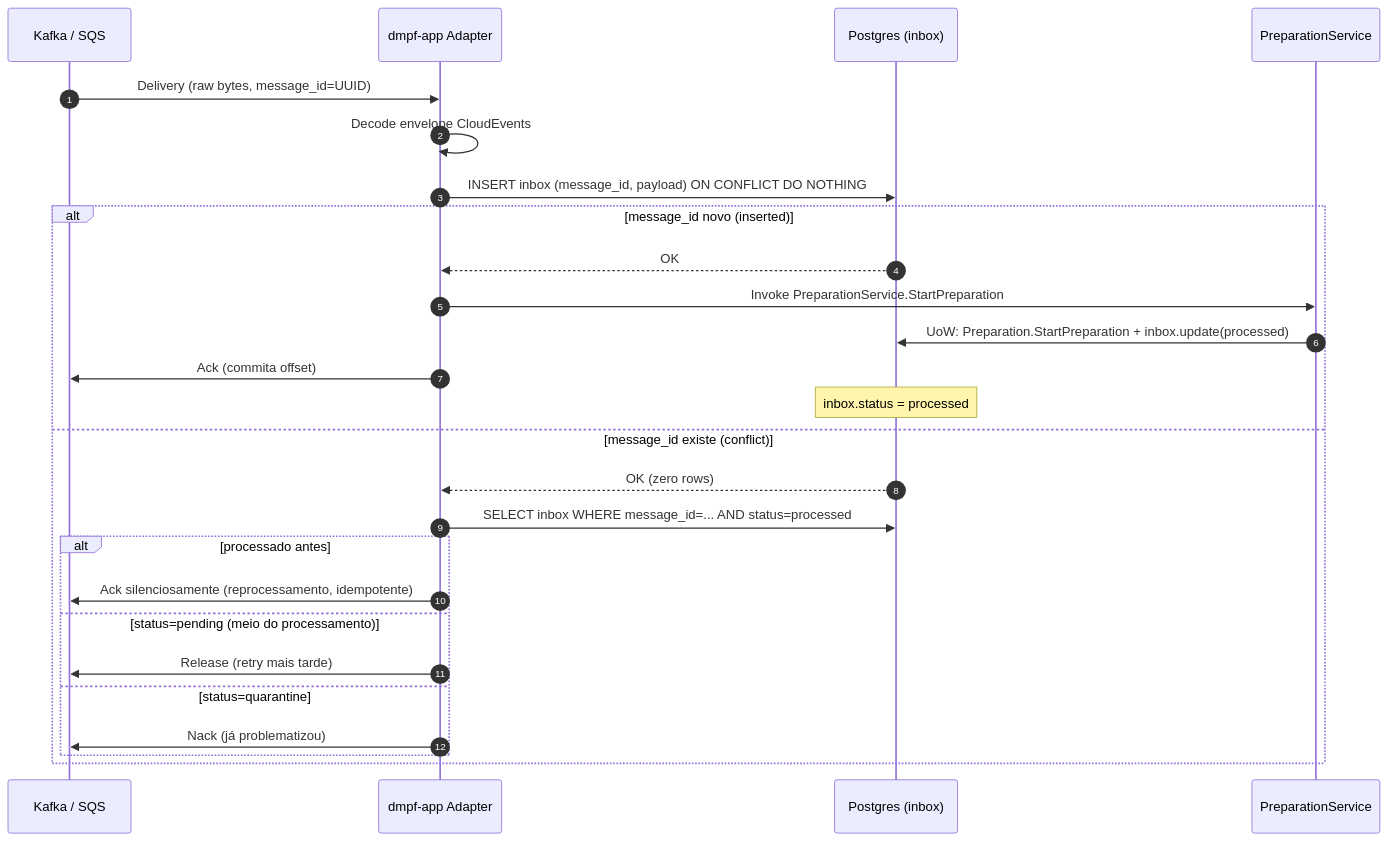
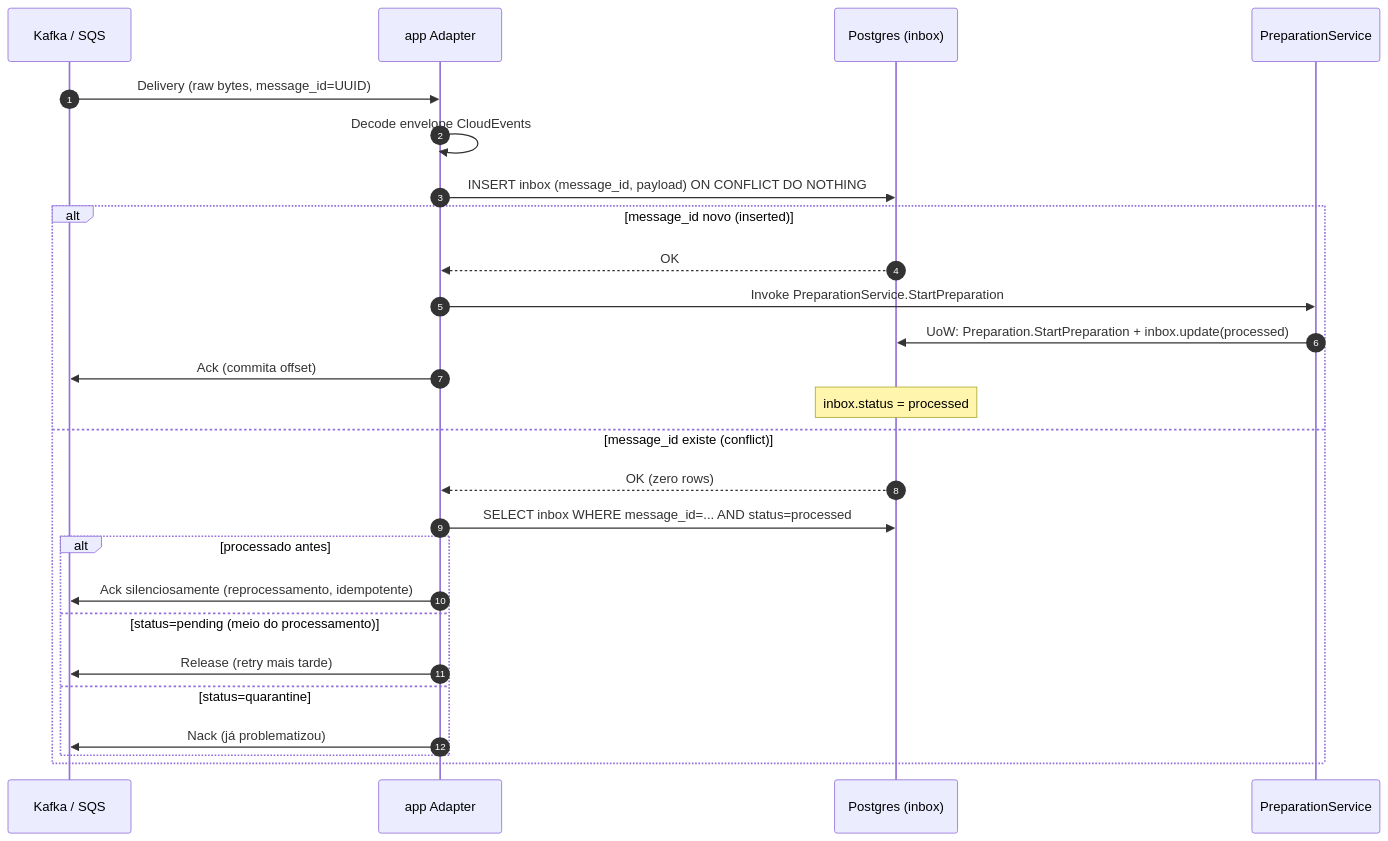
The fifth of 7 diagrams in docs/guides/dmpf-arch-review.md (mateusmacedo/dmpf), drawn with Mermaid before and after one commit. The commit also changed other lines of this file and 1500 other files, not shown here.

````diff
--- a/docs/guides/dmpf-arch-review.md
+++ b/docs/guides/dmpf-arch-review.md
@@ -1030,29 +1030,29 @@
 ```mermaid
 sequenceDiagram
     autonumber
     participant Kafka as Kafka / SQS
-    participant Adapter as dmpf-app Adapter
+    participant Adapter as app Adapter
     participant DB as Postgres (inbox)
     participant App as PreparationService
 
     Kafka->>Adapter: Delivery (raw bytes, message_id=UUID)
     Adapter->>Adapter: Decode envelope CloudEvents
     Adapter->>DB: INSERT inbox (message_id, payload) ON CONFLICT DO NOTHING
     alt message_id novo (inserted)
         DB-->>Adapter: OK
         Adapter->>App: Invoke PreparationService.StartPreparation
         App->>DB: UoW: Preparation.StartPreparation + inbox.update(processed)
         Adapter->>Kafka: Ack (commita offset)
         Note over DB: inbox.status = processed
     else message_id existe (conflict)
         DB-->>Adapter: OK (zero rows)
         Adapter->>DB: SELECT inbox WHERE message_id=... AND status=processed
         alt processado antes
             Adapter->>Kafka: Ack silenciosamente (reprocessamento, idempotente)
         else status=pending (meio do processamento)
             Adapter->>Kafka: Release (retry mais tarde)
         else status=quarantine
             Adapter->>Kafka: Nack (já problematizou)
         end
     end
 ```
````
